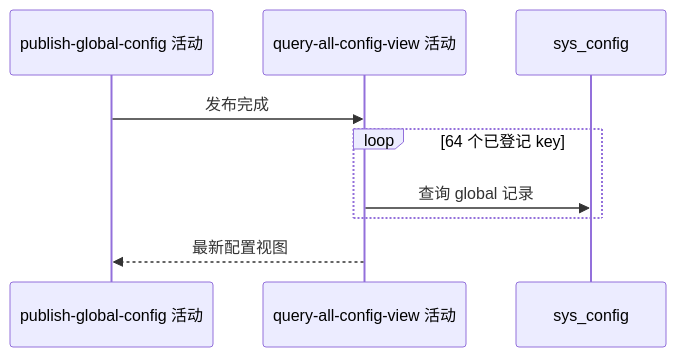
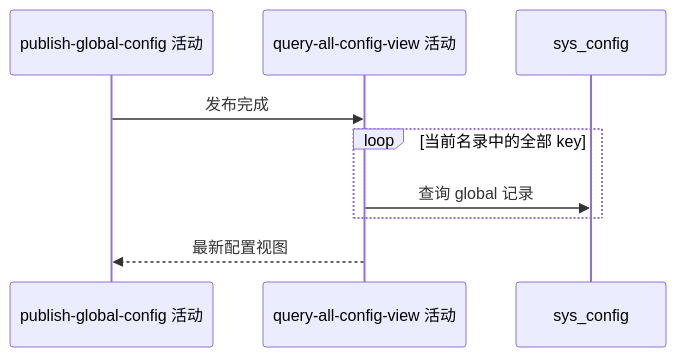
The diagram in blueprint/spec/platform-config/global-config-update/query-all-config-view/activity.md (chxt100016/Rally), drawn with Mermaid before and after one commit. The commit also changed other lines of this file and 53 other files, not shown here.

````diff
--- a/blueprint/spec/platform-config/global-config-update/query-all-config-view/activity.md
+++ b/blueprint/spec/platform-config/global-config-update/query-all-config-view/activity.md
@@ -16,11 +16,11 @@
 ```mermaid
 sequenceDiagram
     participant P as publish-global-config 活动
     participant A as query-all-config-view 活动
     participant DB as sys_config
     P->>A: 发布完成
-    loop 64 个已登记 key
+    loop 当前名录中的全部 key
         A->>DB: 查询 global 记录
     end
     A-->>P: 最新配置视图
 ```
````
